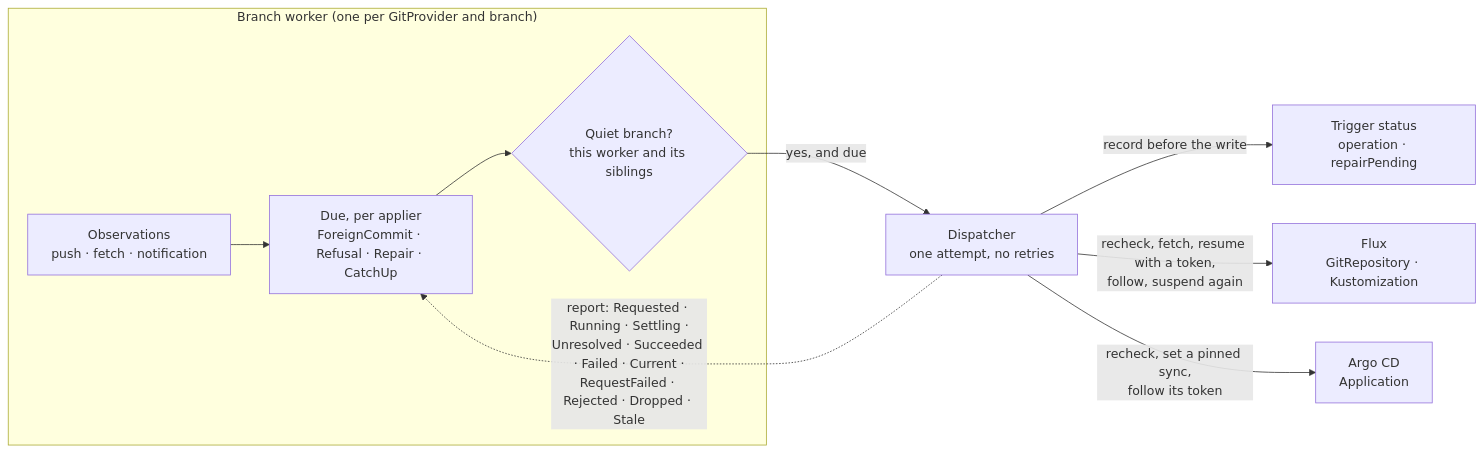
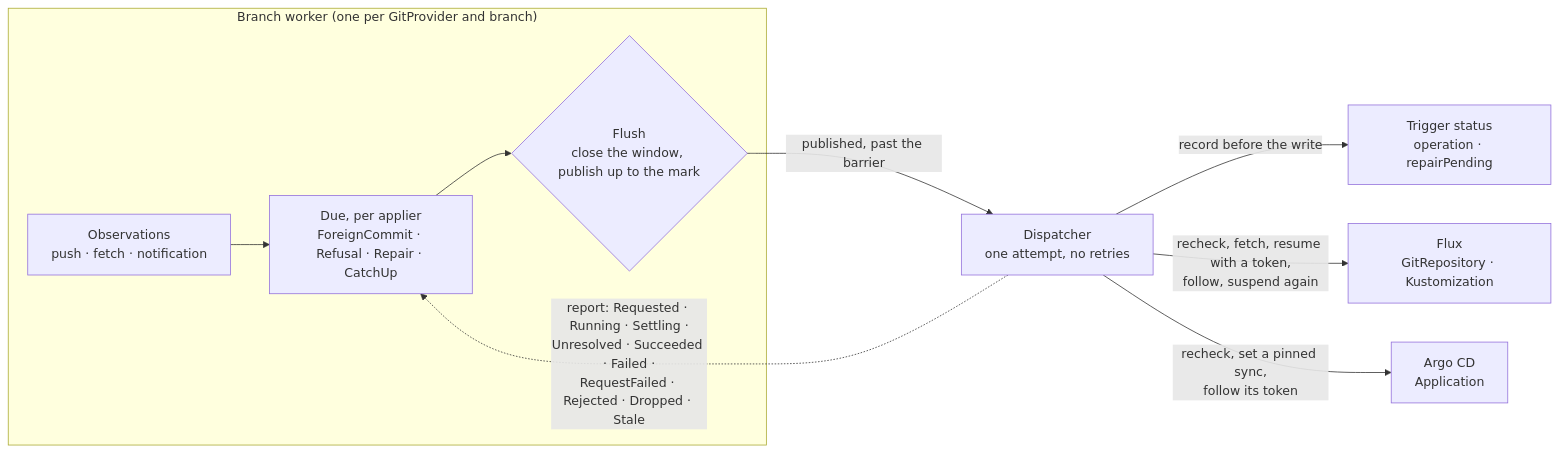
One commit to ConfigButler/gitops-reverser changed the diagram in docs/design/apply-trigger.md. Above: the diagram before and after it, drawn with Mermaid. The commit also changed other lines of this file and 158 other files, not shown here.

````diff
--- a/docs/design/apply-trigger.md
+++ b/docs/design/apply-trigger.md
@@ -118,19 +128,19 @@
 ```mermaid
 flowchart LR
     subgraph WORKER["Branch worker (one per GitProvider and branch)"]
         OBS["Observations<br/>push · fetch · notification"]
         DUE["Due, per applier<br/>ForeignCommit · Refusal · Repair · CatchUp"]
-        QUIET{"Quiet branch?<br/>this worker and its siblings"}
+        FLUSH{"Flush<br/>close the window, publish up to the mark"}
     end
     EXEC["Dispatcher<br/>one attempt, no retries"]
     TRIG["Trigger status<br/>operation · repairPending"]
     FLUX["Flux<br/>GitRepository · Kustomization"]
     ARGO["Argo CD<br/>Application"]
 
-    OBS --> DUE --> QUIET
-    QUIET -- "yes, and due" --> EXEC
+    OBS --> DUE --> FLUSH
+    FLUSH -- "published, past the barrier" --> EXEC
     EXEC -- "record before the write" --> TRIG
     EXEC -- "recheck, fetch, resume with a token,<br/>follow, suspend again" --> FLUX
     EXEC -- "recheck, set a pinned sync,<br/>follow its token" --> ARGO
-    EXEC -. "report: Requested · Running · Settling ·<br/>Unresolved · Succeeded · Failed · Current ·<br/>RequestFailed · Rejected · Dropped · Stale" .-> DUE
+    EXEC -. "report: Requested · Running · Settling ·<br/>Unresolved · Succeeded · Failed ·<br/>RequestFailed · Rejected · Dropped · Stale" .-> DUE
 ```
````
